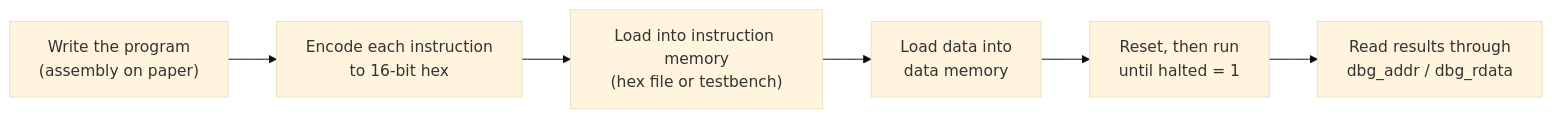
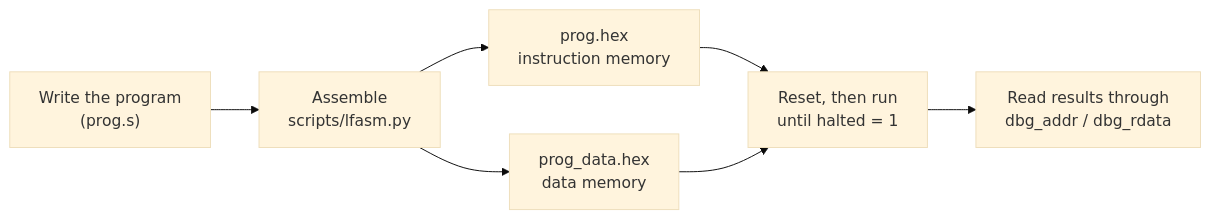
One commit to nipun1803/LaneForge changed the diagram in docs/programming_guide.md. Above: the diagram before and after it, drawn with Mermaid (base theme). The commit also changed other lines of this file and 3 other files, not shown here.

````diff
--- a/docs/programming_guide.md
+++ b/docs/programming_guide.md
@@ -9,8 +9,9 @@
 ```mermaid
 flowchart LR
-    A["Write the program<br/>(assembly on paper)"] --> B["Encode each instruction<br/>to 16-bit hex"]
-    B --> C["Load into instruction memory<br/>(hex file or testbench)"]
-    C --> D["Load data into<br/>data memory"]
-    D --> E["Reset, then run<br/>until halted = 1"]
+    A["Write the program<br/>(prog.s)"] --> B["Assemble<br/>scripts/lfasm.py"]
+    B --> C["prog.hex<br/>instruction memory"]
+    B --> D["prog_data.hex<br/>data memory"]
+    C --> E["Reset, then run<br/>until halted = 1"]
+    D --> E
     E --> F["Read results through<br/>dbg_addr / dbg_rdata"]
 ```
````
